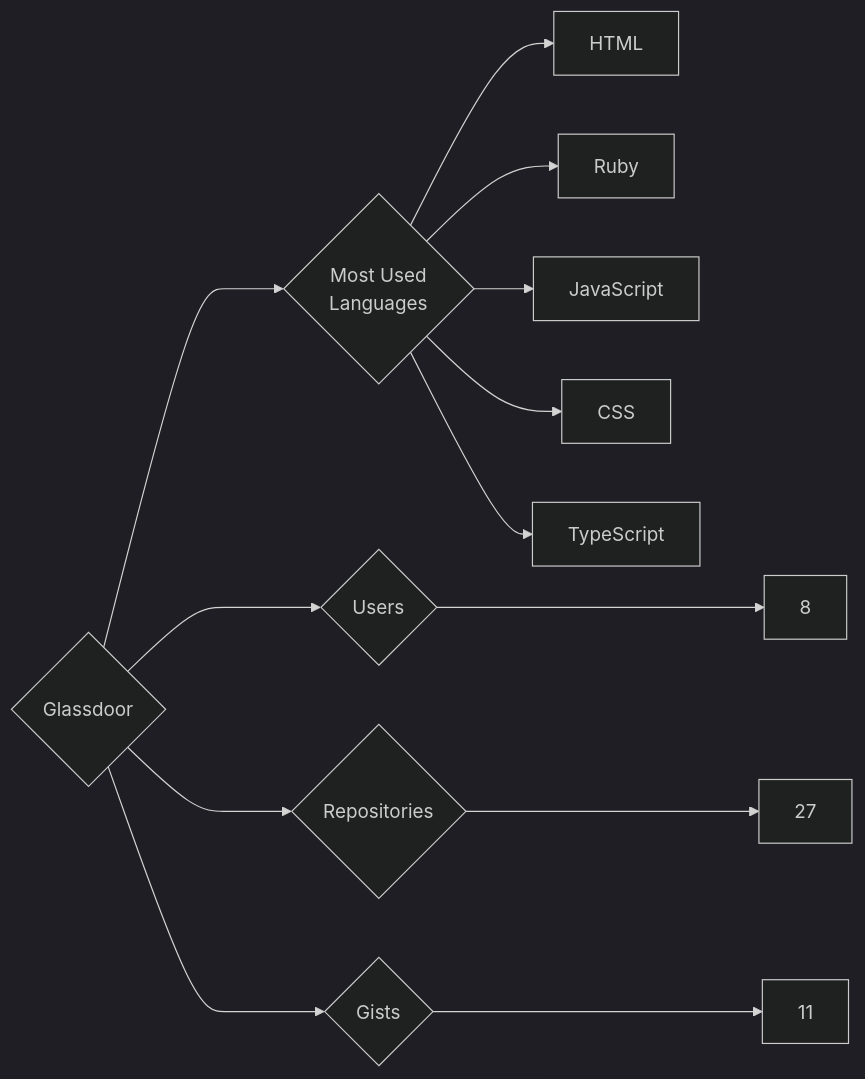
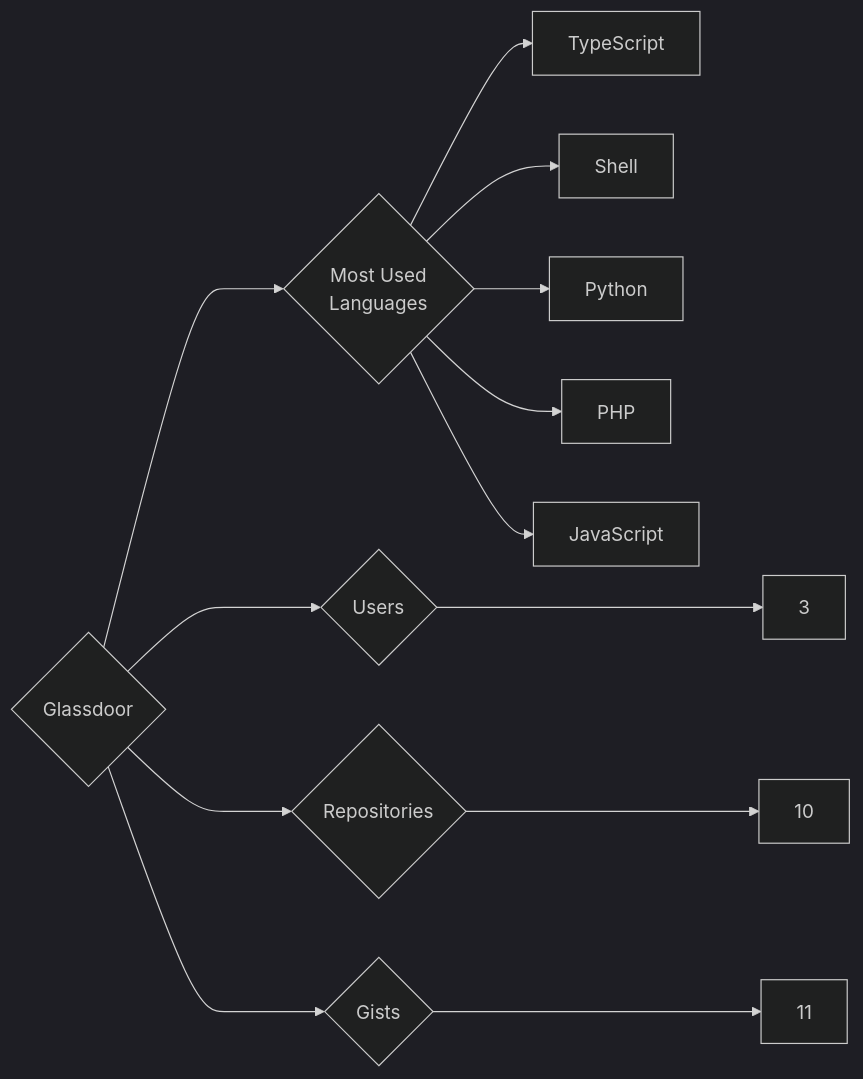
One commit to trickest/insiders changed the diagram in targets/Glassdoor/README.md. Above: the diagram before and after it, drawn with Mermaid (dark theme). The commit also changed 724 other files, not shown here.

````diff
--- a/targets/Glassdoor/README.md
+++ b/targets/Glassdoor/README.md
@@ -3,13 +3,13 @@
 ```mermaid
 graph LR
 COMPANY_NAME{Glassdoor}
-COMPANY_NAME ---> U{Users} ---> UN[8]
-COMPANY_NAME ---> R{Repositories} ---> RN[27]
+COMPANY_NAME ---> U{Users} ---> UN[3]
+COMPANY_NAME ---> R{Repositories} ---> RN[10]
 COMPANY_NAME ---> G{Gists} ---> GN[11]
 COMPANY_NAME ---> ML{Most Used<br>Languages}
-ML --> HTML[HTML]
-ML --> Ruby[Ruby]
+ML --> TypeScript[TypeScript]
+ML --> Shell[Shell]
+ML --> Python[Python]
+ML --> PHP[PHP]
 ML --> JavaScript[JavaScript]
-ML --> CSS[CSS]
-ML --> TypeScript[TypeScript]
 ```
````
